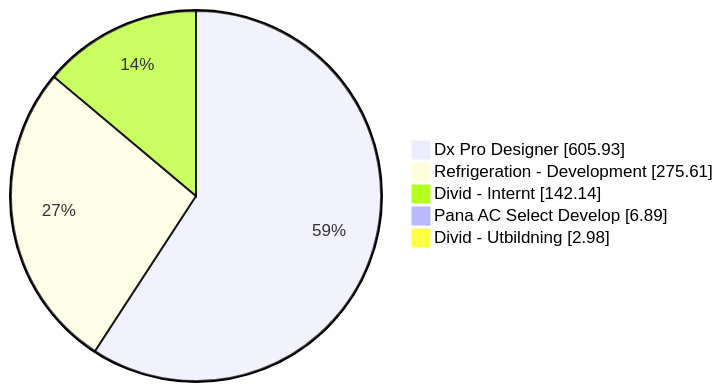
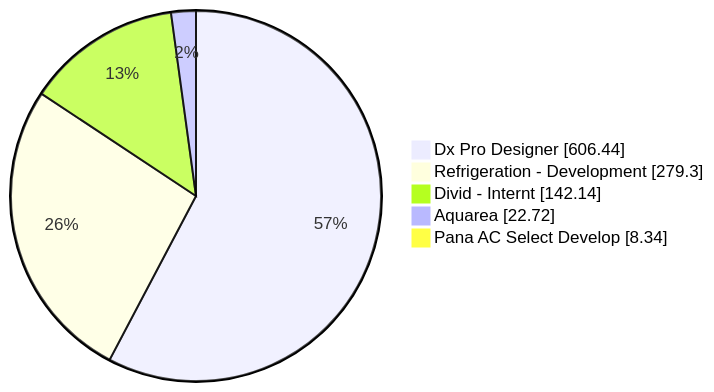
Before and after one commit to albinforsberg-netizen/timeclock: the first of 5 diagrams in README.org, drawn with Mermaid. The commit also changed other lines of this file, not shown here.

```diff
--- a/README.org
+++ b/README.org
@@ -34,8 +34,8 @@
 #+begin_src mermaid
 pie showData
-    "Dx Pro Designer" : 605.93
-    "Refrigeration - Development" : 275.61
+    "Dx Pro Designer" : 606.44
+    "Refrigeration - Development" : 279.30
     "Divid - Internt" : 142.14
-    "Pana AC Select Develop" : 6.89
-    "Divid - Utbildning" : 2.98
+    "Aquarea" : 22.72
+    "Pana AC Select Develop" : 8.34
 #+end_src
```
